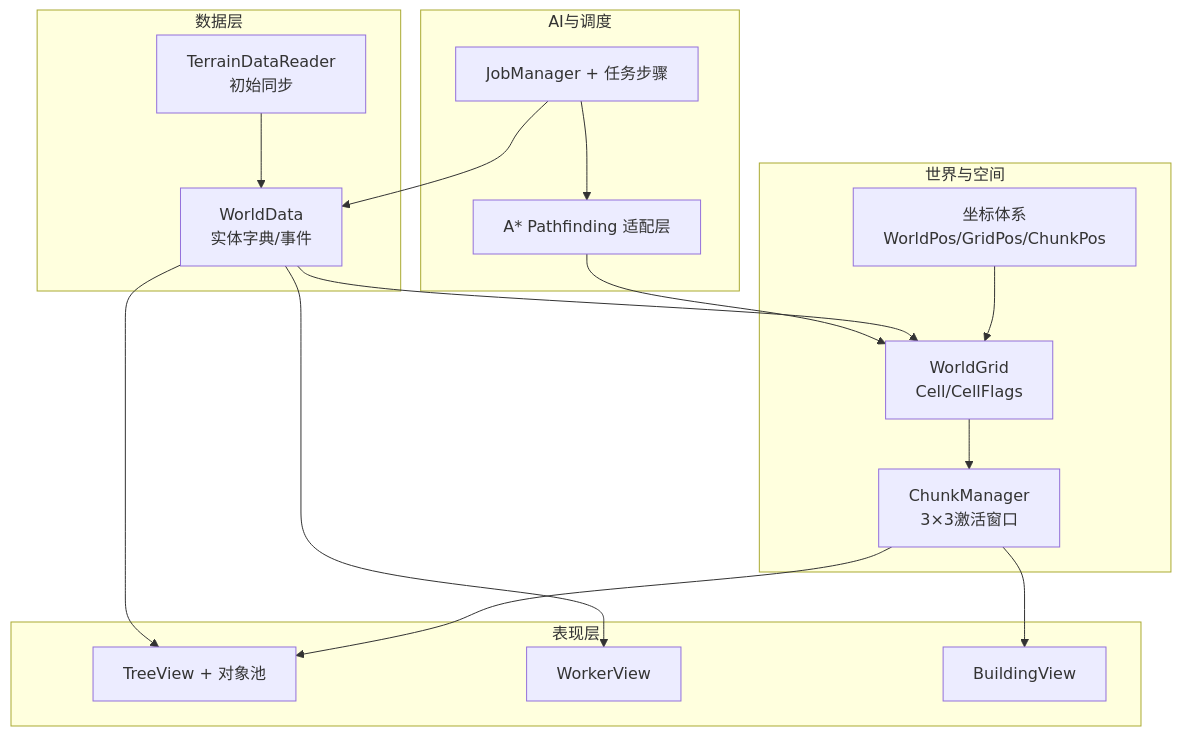
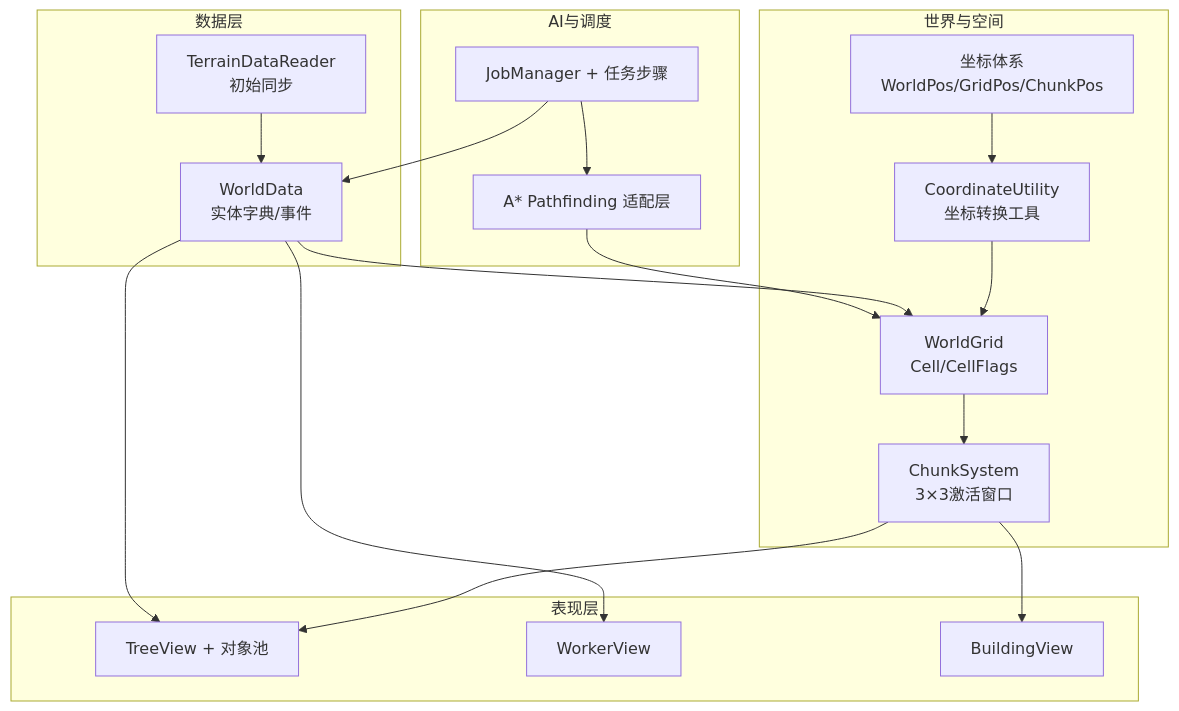
One commit to MOYVSH/SimulationClient changed the first of 10 diagrams in .qoder/repowiki/zh/content/核心系统/世界网格系统.md. Above: the diagram before and after it, drawn with Mermaid. The commit also changed other lines of this file and 3095 other files, not shown here.

````diff
--- a/.qoder/repowiki/zh/content/核心系统/世界网格系统.md
+++ b/.qoder/repowiki/zh/content/核心系统/世界网格系统.md
@@ -42,32 +54,34 @@
 ```mermaid
 graph TB
 subgraph "世界与空间"
 WP["坐标体系<br/>WorldPos/GridPos/ChunkPos"]
+CU["CoordinateUtility<br/>坐标转换工具"]
 WG["WorldGrid<br/>Cell/CellFlags"]
-CM["ChunkManager<br/>3×3激活窗口"]
+CM["ChunkSystem<br/>3×3激活窗口"]
 end
 subgraph "数据层"
 WD["WorldData<br/>实体字典/事件"]
 TR["TerrainDataReader<br/>初始同步"]
 end
 subgraph "表现层"
 TV["TreeView + 对象池"]
 WV["WorkerView"]
 BV["BuildingView"]
 end
 subgraph "AI与调度"
 ASTAR["A* Pathfinding 适配层"]
 JOB["JobManager + 任务步骤"]
 end
-WP --> WG
+WP --> CU
+CU --> WG
 WG --> CM
 TR --> WD
 WD --> WG
 CM --> TV
 CM --> BV
 WD --> TV
 WD --> WV
 ASTAR --> WG
 JOB --> WD
 JOB --> ASTAR
 ```
````
